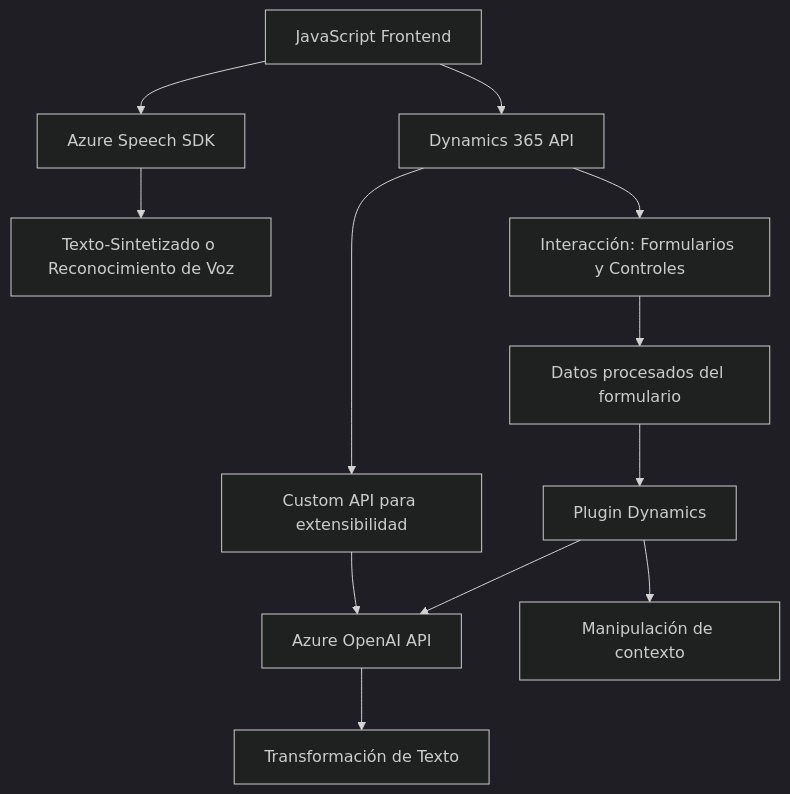
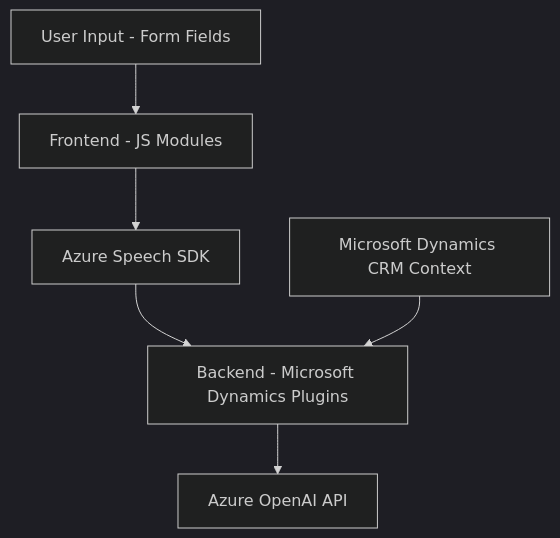
The diagram in README.md (blopezdm/NETCORE_BILBAO2025), drawn with Mermaid (dark theme) before and after one commit. The commit also changed other lines of this file, not shown here.

````diff
--- a/README.md
+++ b/README.md
@@ -83,16 +35,15 @@
 ```mermaid
 graph TD
-    A["JavaScript Frontend"] --> B["Azure Speech SDK"]
-    A --> C["Dynamics 365 API"]
-    B --> D["Texto-Sintetizado o Reconocimiento de Voz"]
-    C --> E["Interacción: Formularios y Controles"]
-    C --> F["Custom API para extensibilidad"]
+  A["User Input - Form Fields"]
+  B["Frontend - JS Modules"]
+  C["Azure Speech SDK"]
+  D["Backend - Microsoft Dynamics Plugins"]
+  E["Azure OpenAI API"]
+  F["Microsoft Dynamics CRM Context"]
 
-    F --> G["Azure OpenAI API"]
-    G --> H["Transformación de Texto"]
-    E --> I["Datos procesados del formulario"]
-
-    I --> J["Plugin Dynamics"]
-    J --> G
-    J --> K["Manipulación de contexto"]
+  A --> B
+  B --> C
+  C --> D
+  D --> E
+  F --> D
 ```
````
